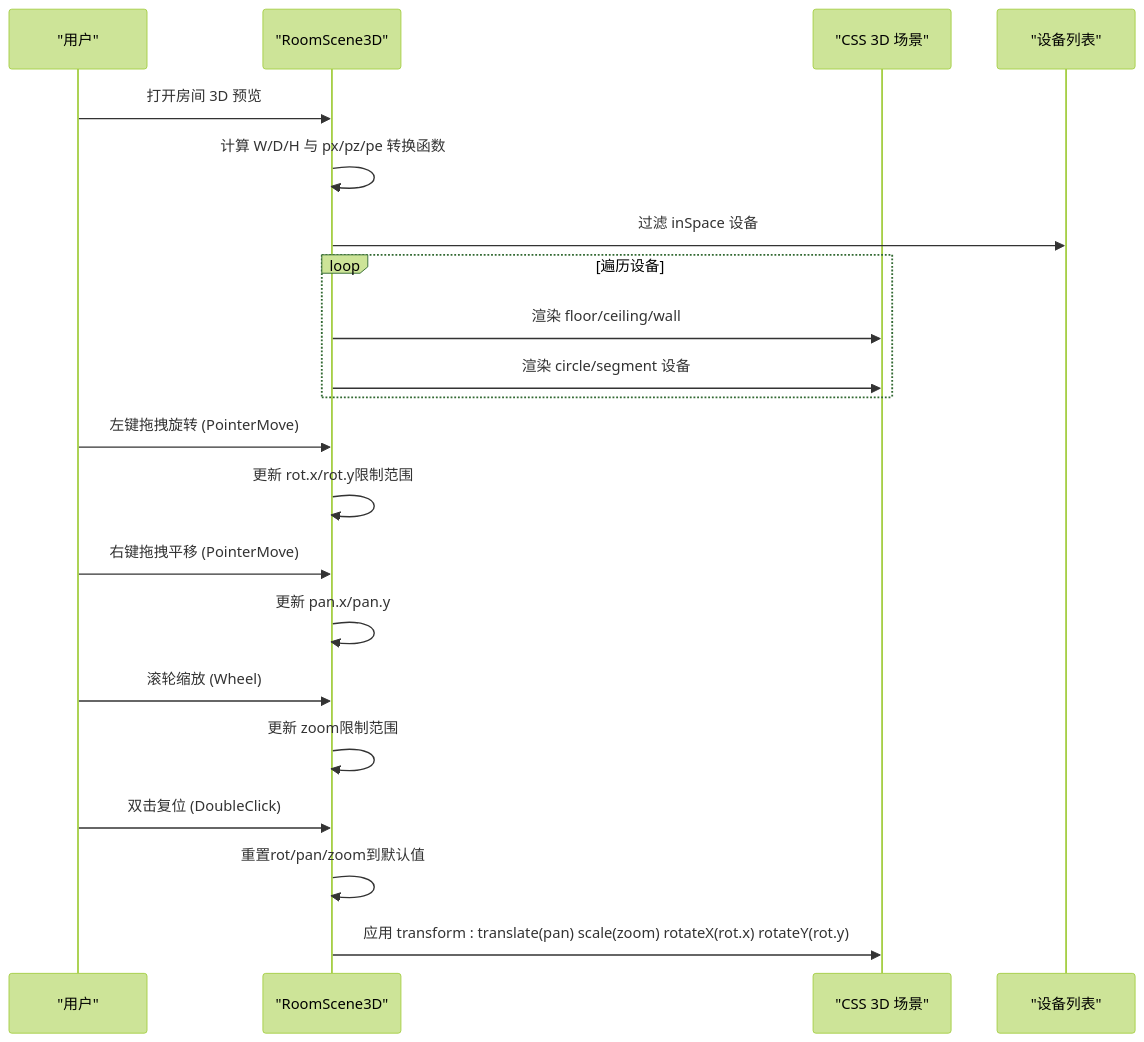
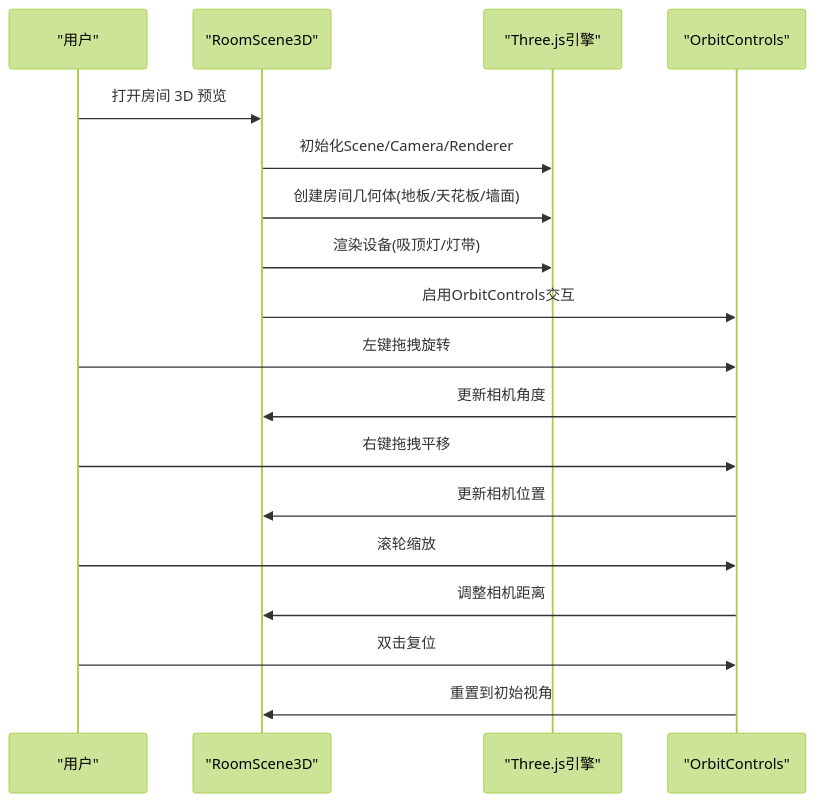
Before and after one commit to zh79325/opple-cloud-adapter: the second of 8 diagrams in .qoder/repowiki/zh/content/Web控制台/3D空间建模.md, drawn with Mermaid (forest theme). The commit also changed other lines of this file and 30 other files, not shown here.

````diff
--- a/.qoder/repowiki/zh/content/Web控制台/3D空间建模.md
+++ b/.qoder/repowiki/zh/content/Web控制台/3D空间建模.md
@@ -74,23 +79,20 @@
 ```mermaid
 sequenceDiagram
 participant User as "用户"
 participant Scene as "RoomScene3D"
-participant DOM as "CSS 3D 场景"
-participant Devices as "设备列表"
+participant ThreeJS as "Three.js引擎"
+participant Controls as "OrbitControls"
 User->>Scene : 打开房间 3D 预览
-Scene->>Scene : 计算 W/D/H 与 px/pz/pe 转换函数
-Scene->>Devices : 过滤 inSpace 设备
-loop 遍历设备
-Scene->>DOM : 渲染 floor/ceiling/wall
-Scene->>DOM : 渲染 circle/segment 设备
-end
-User->>Scene : 左键拖拽旋转 (PointerMove)
-Scene->>Scene : 更新 rot.x/rot.y限制范围
-User->>Scene : 右键拖拽平移 (PointerMove)
-Scene->>Scene : 更新 pan.x/pan.y
-User->>Scene : 滚轮缩放 (Wheel)
-Scene->>Scene : 更新 zoom限制范围
-User->>Scene : 双击复位 (DoubleClick)
-Scene->>Scene : 重置rot/pan/zoom到默认值
-Scene->>DOM : 应用 transform : translate(pan) scale(zoom) rotateX(rot.x) rotateY(rot.y)
+Scene->>ThreeJS : 初始化Scene/Camera/Renderer
+Scene->>ThreeJS : 创建房间几何体(地板/天花板/墙面)
+Scene->>ThreeJS : 渲染设备(吸顶灯/灯带)
+Scene->>Controls : 启用OrbitControls交互
+User->>Controls : 左键拖拽旋转
+Controls->>Scene : 更新相机角度
+User->>Controls : 右键拖拽平移
+Controls->>Scene : 更新相机位置
+User->>Controls : 滚轮缩放
+Controls->>Scene : 调整相机距离
+User->>Controls : 双击复位
+Controls->>Scene : 重置到初始视角
 ```
````
